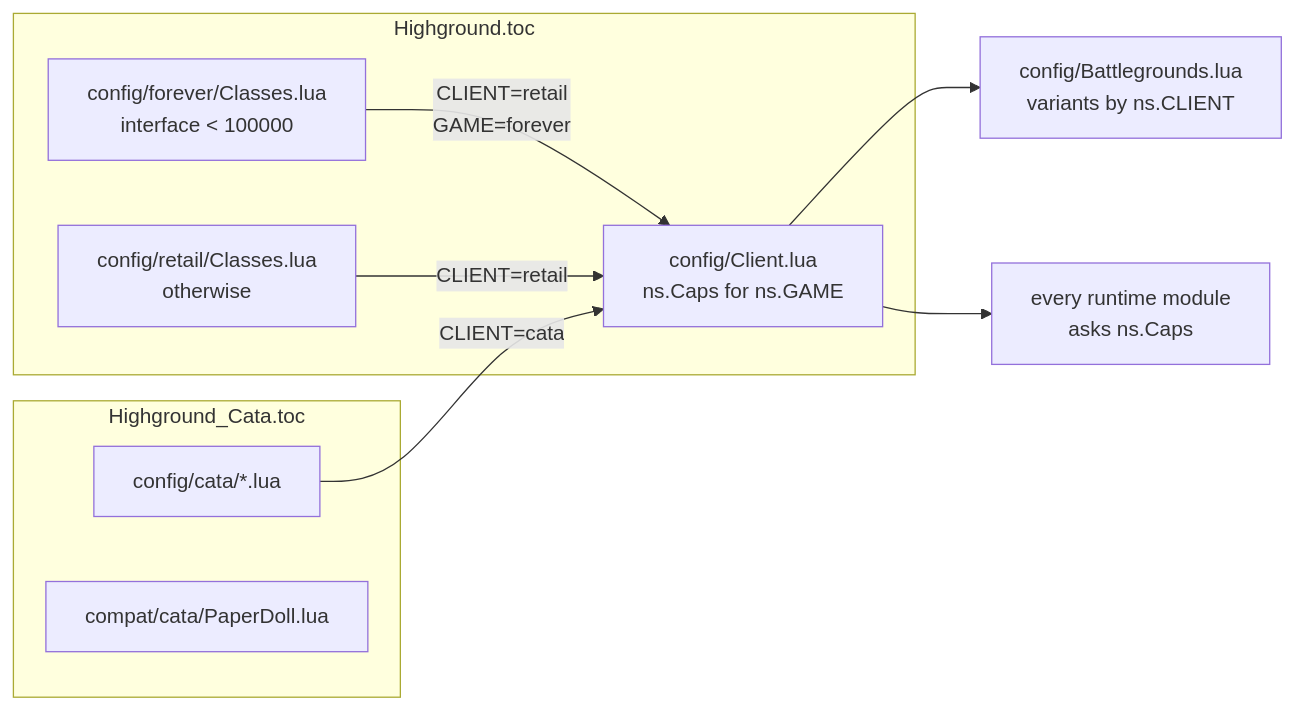
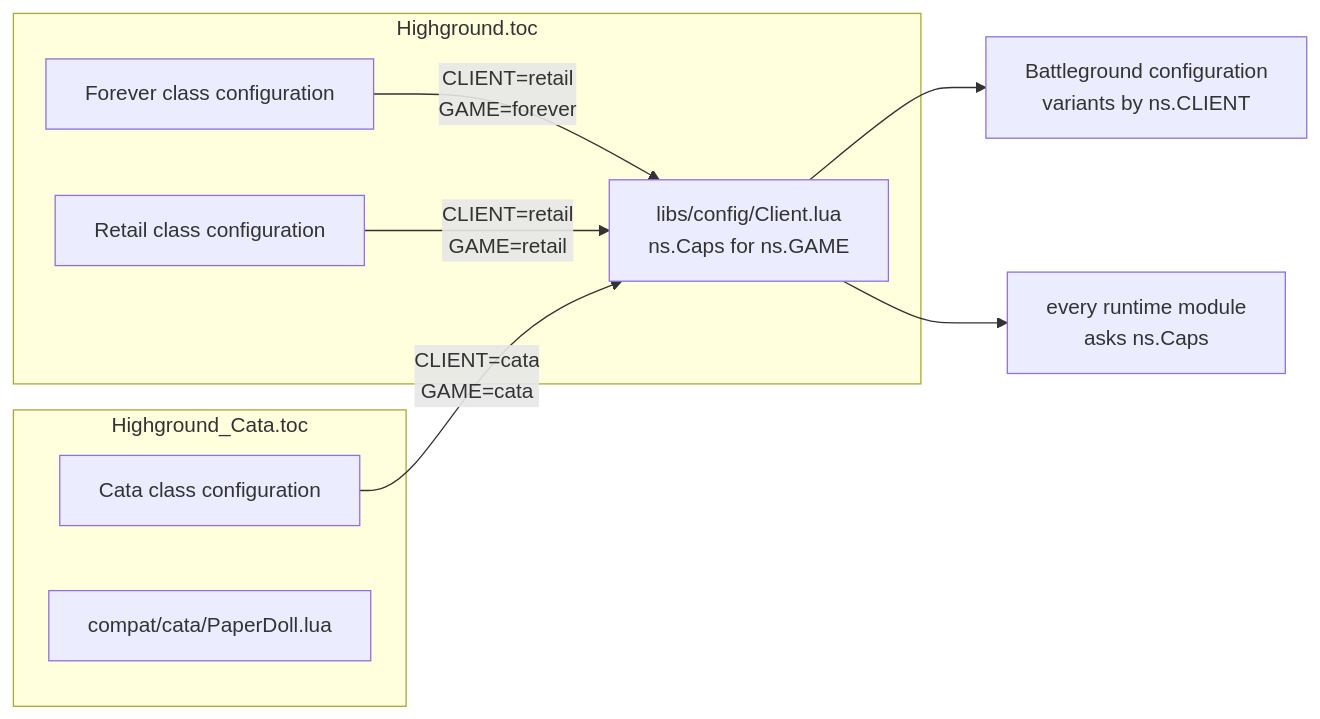
The first of 2 diagrams in addons/Highground/docs/development.md (kemicofa/highground), drawn with Mermaid before and after one commit. The commit also changed other lines of this file and 27 other files, not shown here.

````diff
--- a/addons/Highground/docs/development.md
+++ b/addons/Highground/docs/development.md
@@ -61,13 +63,13 @@
 ```mermaid
 flowchart LR
-  subgraph Highground.toc
-    F[config/forever/Classes.lua<br/>interface < 100000] -->|CLIENT=retail<br/>GAME=forever| C
-    R[config/retail/Classes.lua<br/>otherwise] -->|CLIENT=retail| C
+  subgraph main[Highground.toc]
+    F[Forever class configuration] -->|CLIENT=retail<br/>GAME=forever| C
+    R[Retail class configuration] -->|CLIENT=retail<br/>GAME=retail| C
   end
-  subgraph Highground_Cata.toc
-    K[config/cata/*.lua] -->|CLIENT=cata| C
+  subgraph cata[Highground_Cata.toc]
+    K[Cata class configuration] -->|CLIENT=cata<br/>GAME=cata| C
     P[compat/cata/PaperDoll.lua]
   end
-  C[config/Client.lua<br/>ns.Caps for ns.GAME] --> B[config/Battlegrounds.lua<br/>variants by ns.CLIENT]
+  C[libs/config/Client.lua<br/>ns.Caps for ns.GAME] --> B[Battleground configuration<br/>variants by ns.CLIENT]
   C --> RT[every runtime module<br/>asks ns.Caps]
 ```
````
